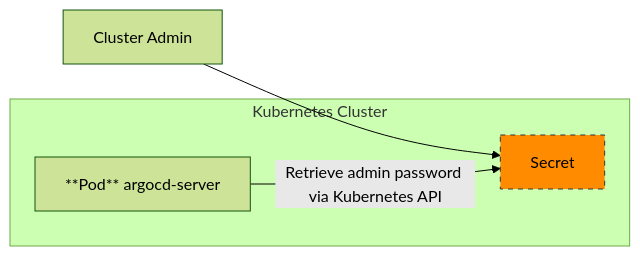
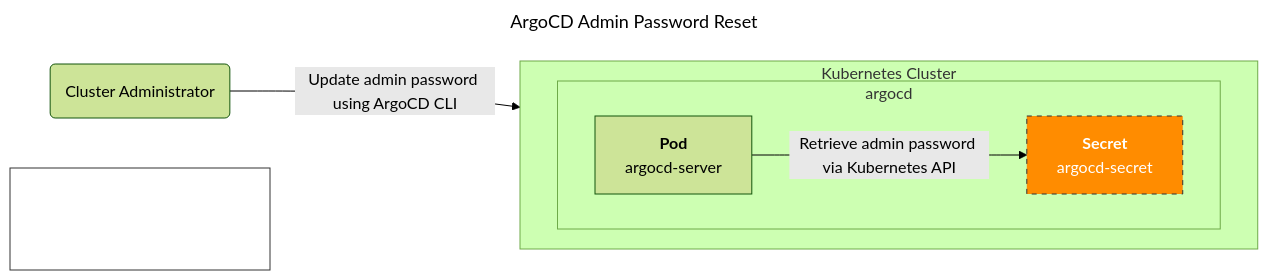
The diagram in content/blog/argocd-admin-pw/index.md (younsl/blog), drawn with Mermaid (forest theme) before and after one commit.

Commit message:
chore: Publish content karpenter-spot-fallback

````diff
--- a/content/blog/argocd-admin-pw/index.md
+++ b/content/blog/argocd-admin-pw/index.md
@@ -33,14 +33,28 @@
 ```mermaid
+---
+title: "ArgoCD Admin Password Reset"
+---
+
 graph LR
-  A["Cluster Admin"]
+  A("Cluster Administrator")
 
   subgraph "Kubernetes Cluster"
-    S["Secret"]
-    as["**Pod** argocd-server"]
+    direction LR
+    subgraph "argocd"
+      S["`**Secret**
+      argocd-secret`"]
+      as["`**Pod**
+      argocd-server`"]
+    end
   end
 
-  A --> S
+  A --Update admin password using ArgoCD CLI--> S
   as --Retrieve admin password via Kubernetes API--> S
 
-  style S fill:darkorange,stroke:#333,stroke-width:1px,stroke-dasharray: 5 5
+  note[ArgoCD Server version is 2.9.5, installed by official helm chart]
+
+  note ~~~ S
+
+  style S fill:darkorange,color:white,stroke:#333,stroke-width:1px,stroke-dasharray: 5 5
+  style note fill:transparent,color:#fff,stroke:#333
 ```
````
